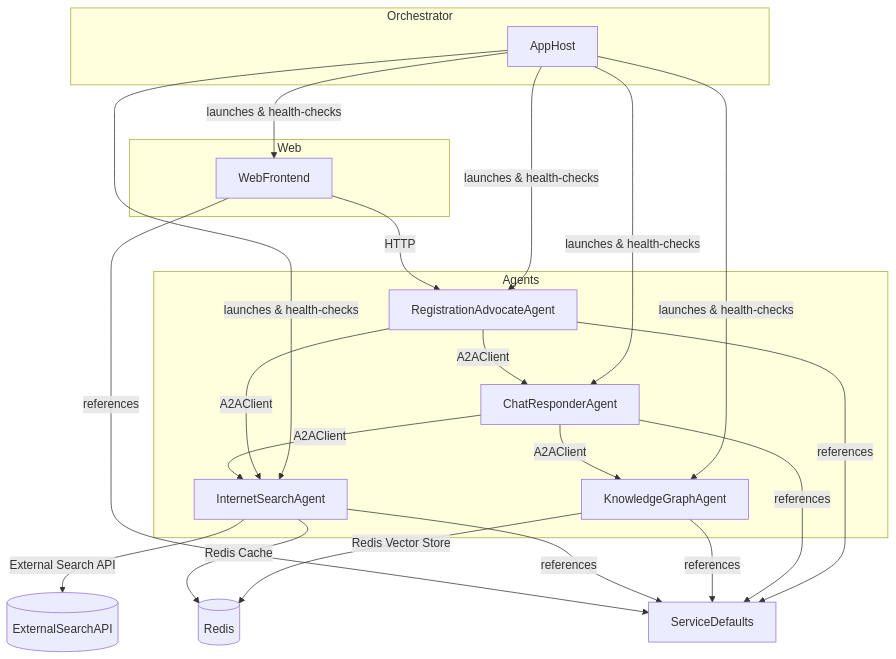
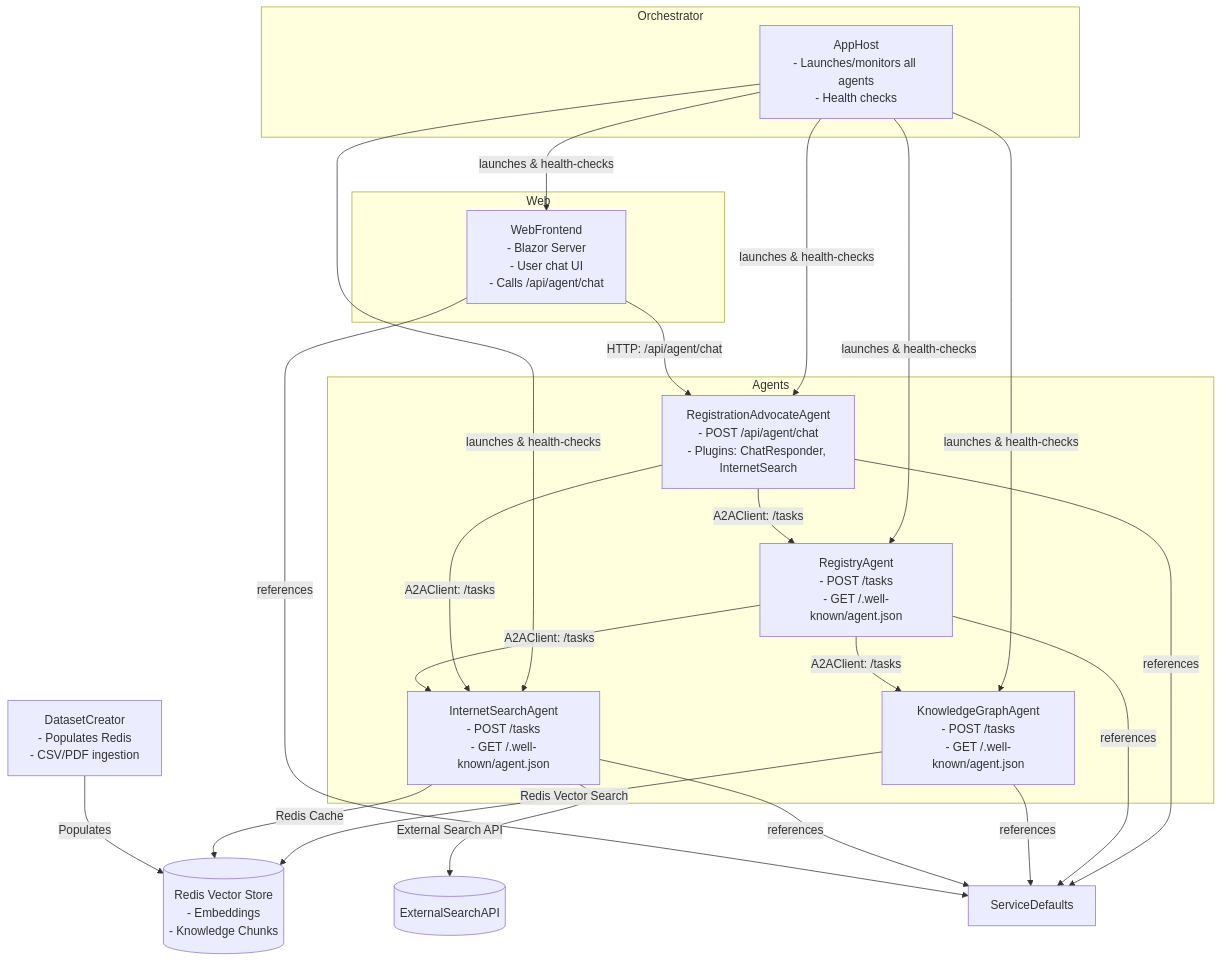
One commit to Donelle/Agent2Agent changed the first of 2 diagrams in Docs/architecture.md. Above: the diagram before and after it, drawn with Mermaid. The commit also changed other lines of this file and 8 other files, not shown here.

````diff
--- a/Docs/architecture.md
+++ b/Docs/architecture.md
@@ -60,39 +67,44 @@
 ```mermaid
 flowchart TD
   subgraph Orchestrator
-    AppHost[AppHost]
+    AppHost[AppHost<br/>- Launches/monitors all agents<br/>- Health checks]
   end
   subgraph Web
-    WebFrontend[WebFrontend]
+    WebFrontend[WebFrontend<br/>- Blazor Server<br/>- User chat UI<br/>- Calls /api/agent/chat]
   end
   subgraph Agents
-    AgentA[RegistrationAdvocateAgent]
-    AgentB[ChatResponderAgent]
-    AgentC[KnowledgeGraphAgent]
-    AgentD[InternetSearchAgent]
+    AgentA[RegistrationAdvocateAgent<br/>- POST /api/agent/chat<br/>- Plugins: ChatResponder, InternetSearch]
+    AgentB[RegistryAgent<br/>- POST /tasks<br/>- GET /.well-known/agent.json]
+    AgentC[KnowledgeGraphAgent<br/>- POST /tasks<br/>- GET /.well-known/agent.json]
+    AgentD[InternetSearchAgent<br/>- POST /tasks<br/>- GET /.well-known/agent.json]
   end
+  DatasetCreator[DatasetCreator<br/>- Populates Redis<br/>- CSV/PDF ingestion]
+  Redis[(Redis Vector Store<br/>- Embeddings<br/>- Knowledge Chunks)]
+  ExtAPI[(ExternalSearchAPI)]
 
   AppHost -- launches & health-checks --> WebFrontend
   AppHost -- launches & health-checks --> AgentA
   AppHost -- launches & health-checks --> AgentB
   AppHost -- launches & health-checks --> AgentC
   AppHost -- launches & health-checks --> AgentD
 
-  WebFrontend -- HTTP --> AgentA
+  WebFrontend -- HTTP: /api/agent/chat --> AgentA
 
-  AgentA -- A2AClient --> AgentB
-  AgentA -- A2AClient --> AgentD
+  AgentA -- A2AClient: /tasks --> AgentB
+  AgentA -- A2AClient: /tasks --> AgentD
 
-  AgentB -- A2AClient --> AgentC
-  AgentB -- A2AClient --> AgentD
+  AgentB -- A2AClient: /tasks --> AgentC
+  AgentB -- A2AClient: /tasks --> AgentD
 
-  AgentC -- Redis Vector Store --> Redis[(Redis)]
+  AgentC -- Redis Vector Search --> Redis
   AgentD -- Redis Cache --> Redis
-  AgentD -- External Search API --> ExtAPI[(ExternalSearchAPI)]
+  AgentD -- External Search API --> ExtAPI
+
+  DatasetCreator -- Populates --> Redis
 
   AgentA -- references --> ServiceDefaults
   AgentB -- references --> ServiceDefaults
   AgentC -- references --> ServiceDefaults
   AgentD -- references --> ServiceDefaults
   WebFrontend -- references --> ServiceDefaults
 ```
````
